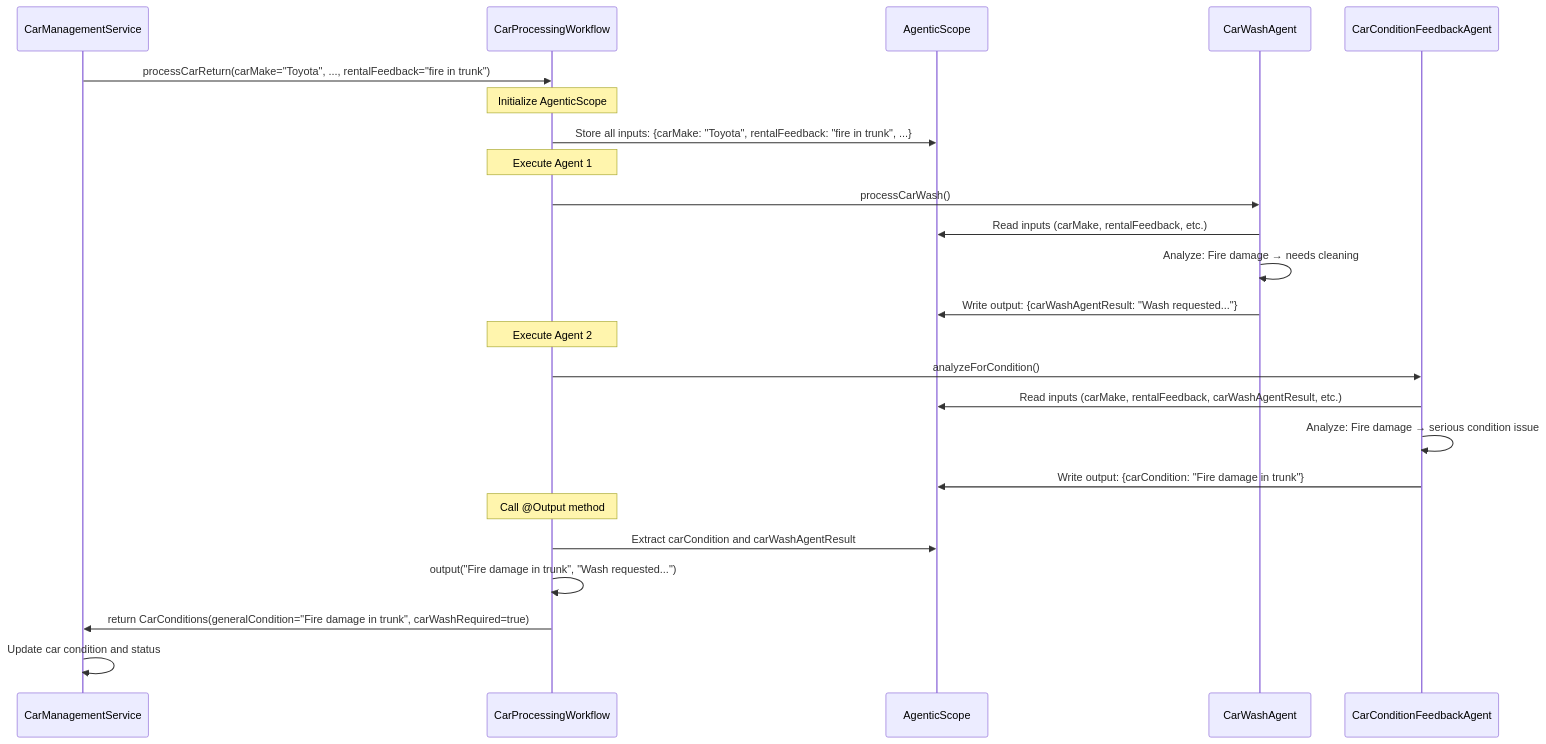
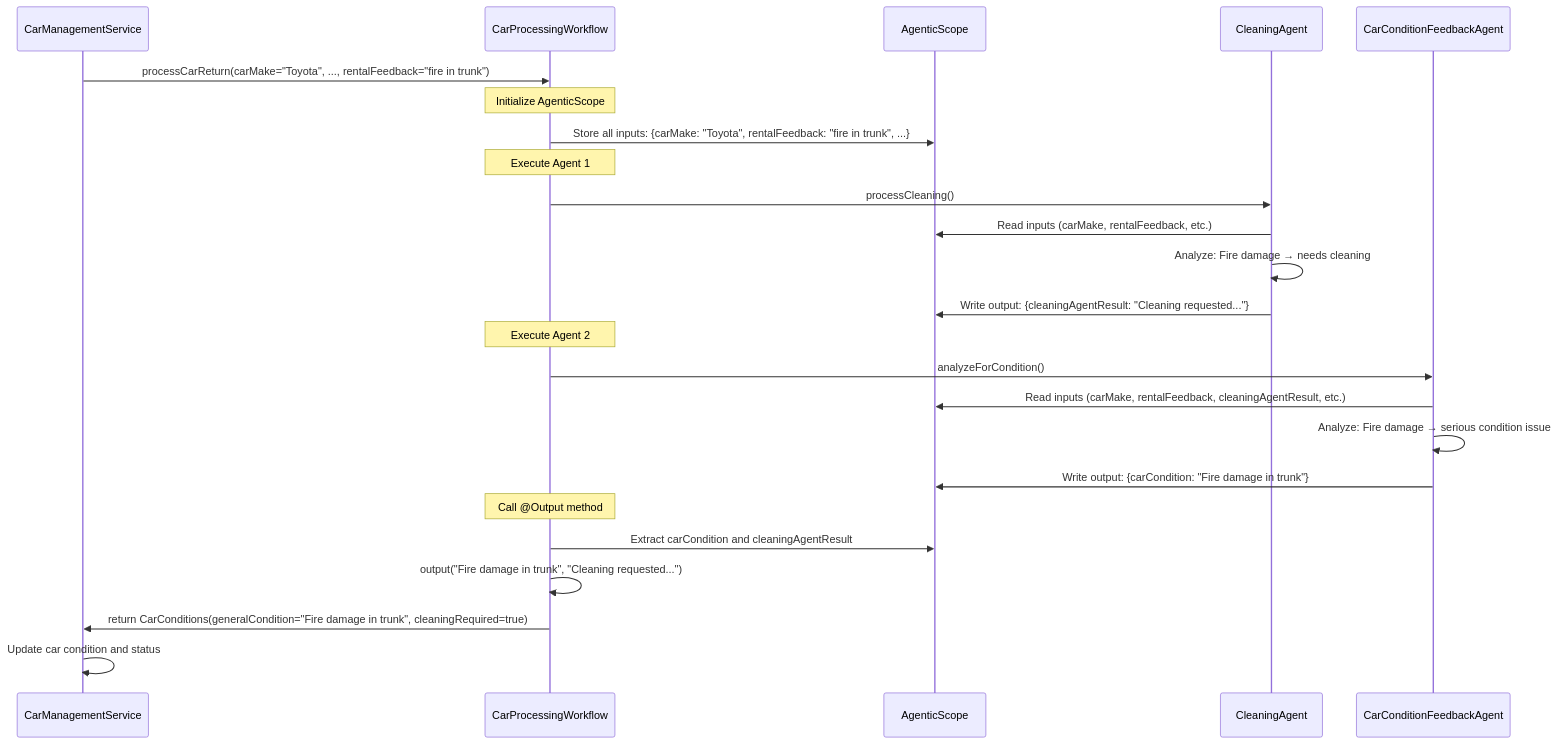
Before and after one commit to quarkusio/quarkus-workshop-langchain4j: the second of 2 diagrams in docs/docs/section-2/step-02.md, drawn with Mermaid. The commit also changed other lines of this file and 13 other files, not shown here.

````diff
--- a/docs/docs/section-2/step-02.md
+++ b/docs/docs/section-2/step-02.md
@@ -450,32 +438,32 @@
 ```mermaid
 sequenceDiagram
     participant Service as CarManagementService
     participant Workflow as CarProcessingWorkflow
     participant Scope as AgenticScope
-    participant Agent1 as CarWashAgent
+    participant Agent1 as CleaningAgent
     participant Agent2 as CarConditionFeedbackAgent
 
     Service->>Workflow: processCarReturn(carMake="Toyota", ..., rentalFeedback="fire in trunk")
 
     Note over Workflow: Initialize AgenticScope
     Workflow->>Scope: Store all inputs: {carMake: "Toyota", rentalFeedback: "fire in trunk", ...}
 
     Note over Workflow: Execute Agent 1
-    Workflow->>Agent1: processCarWash()
+    Workflow->>Agent1: processCleaning()
     Agent1->>Scope: Read inputs (carMake, rentalFeedback, etc.)
     Agent1->>Agent1: Analyze: Fire damage → needs cleaning
-    Agent1->>Scope: Write output: {carWashAgentResult: "Wash requested..."}
+    Agent1->>Scope: Write output: {cleaningAgentResult: "Cleaning requested..."}
 
     Note over Workflow: Execute Agent 2
     Workflow->>Agent2: analyzeForCondition()
-    Agent2->>Scope: Read inputs (carMake, rentalFeedback, carWashAgentResult, etc.)
+    Agent2->>Scope: Read inputs (carMake, rentalFeedback, cleaningAgentResult, etc.)
     Agent2->>Agent2: Analyze: Fire damage → serious condition issue
     Agent2->>Scope: Write output: {carCondition: "Fire damage in trunk"}
 
     Note over Workflow: Call @Output method
-    Workflow->>Scope: Extract carCondition and carWashAgentResult
-    Workflow->>Workflow: output("Fire damage in trunk", "Wash requested...")
-    Workflow->>Service: return CarConditions(generalCondition="Fire damage in trunk", carWashRequired=true)
+    Workflow->>Scope: Extract carCondition and cleaningAgentResult
+    Workflow->>Workflow: output("Fire damage in trunk", "Cleaning requested...")
+    Workflow->>Service: return CarConditions(generalCondition="Fire damage in trunk", cleaningRequired=true)
 
     Service->>Service: Update car condition and status
 ```
````
